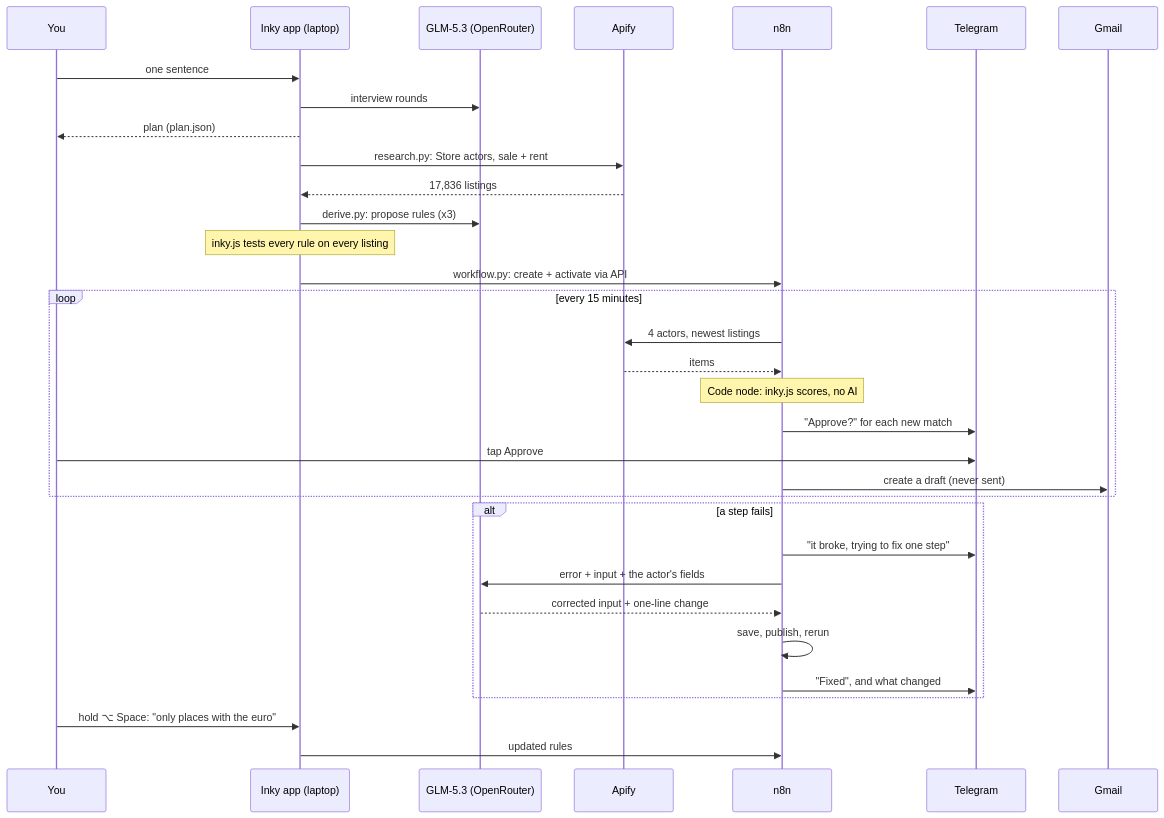
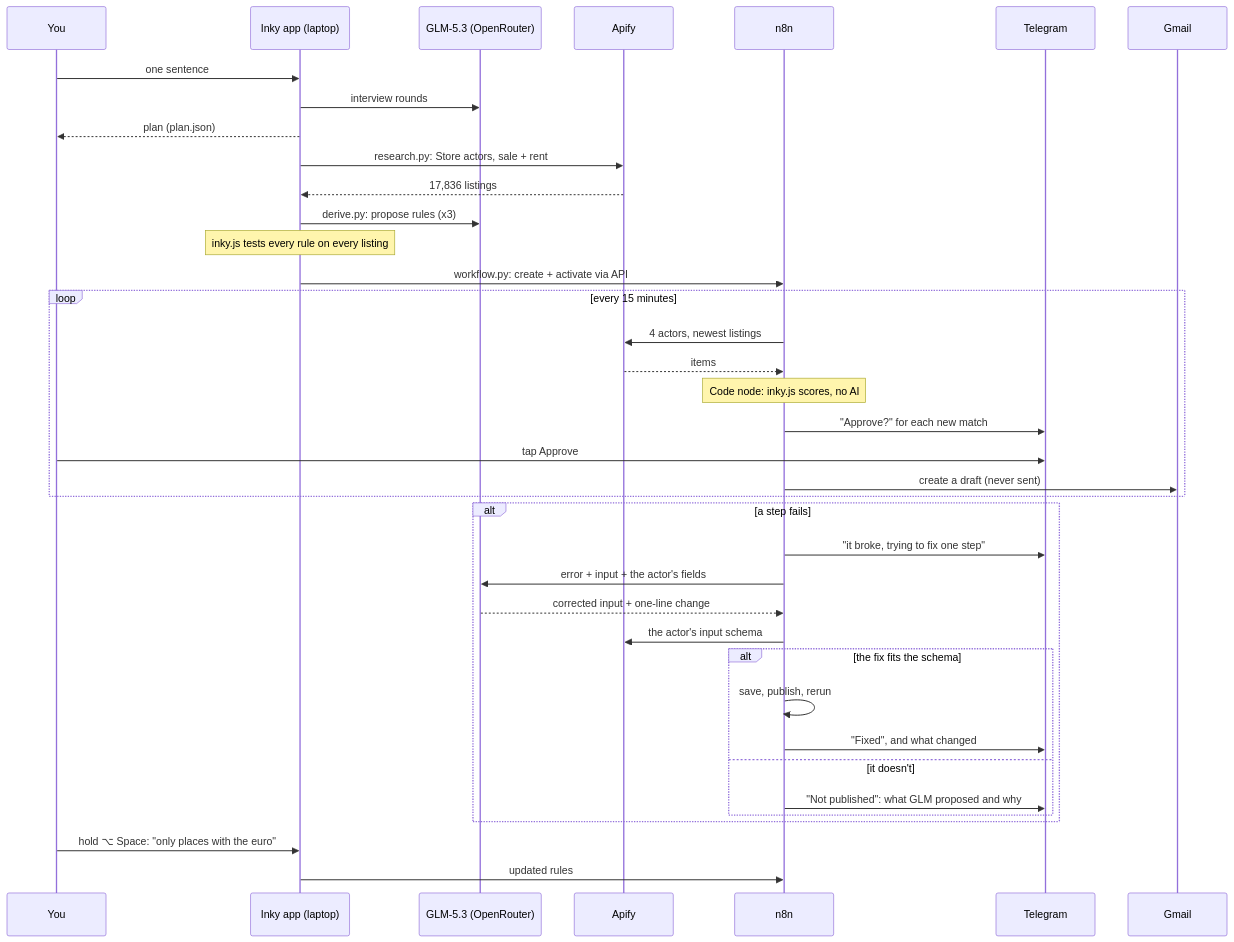
One commit to GHGuide/inky changed the diagram in docs/architecture.md. Above: the diagram before and after it, drawn with Mermaid. The commit also changed other lines of this file and 7 other files, not shown here.

First line of the commit message:
Almost tier in the digest; repair checks a fix against the actor schema before publishing

````diff
--- a/docs/architecture.md
+++ b/docs/architecture.md
@@ -24,35 +24,40 @@
 ```mermaid
 sequenceDiagram
   participant You
   participant App as Inky app (laptop)
   participant GLM as GLM-5.3 (OpenRouter)
   participant Apify
   participant n8n
   participant TG as Telegram
   participant Gmail
   You->>App: one sentence
   App->>GLM: interview rounds
   App-->>You: plan (plan.json)
   App->>Apify: research.py: Store actors, sale + rent
   Apify-->>App: 17,836 listings
   App->>GLM: derive.py: propose rules (x3)
   Note over App: inky.js tests every rule on every listing
   App->>n8n: workflow.py: create + activate via API
   loop every 15 minutes
     n8n->>Apify: 4 actors, newest listings
     Apify-->>n8n: items
     Note over n8n: Code node: inky.js scores, no AI
     n8n->>TG: "Approve?" for each new match
     You->>TG: tap Approve
     n8n->>Gmail: create a draft (never sent)
   end
   alt a step fails
     n8n->>TG: "it broke, trying to fix one step"
     n8n->>GLM: error + input + the actor's fields
     GLM-->>n8n: corrected input + one-line change
-    n8n->>n8n: save, publish, rerun
-    n8n->>TG: "Fixed", and what changed
+    n8n->>Apify: the actor's input schema
+    alt the fix fits the schema
+      n8n->>n8n: save, publish, rerun
+      n8n->>TG: "Fixed", and what changed
+    else it doesn't
+      n8n->>TG: "Not published": what GLM proposed and why
+    end
   end
   You->>App: hold ⌥ Space: "only places with the euro"
   App->>n8n: updated rules
 ```
````
